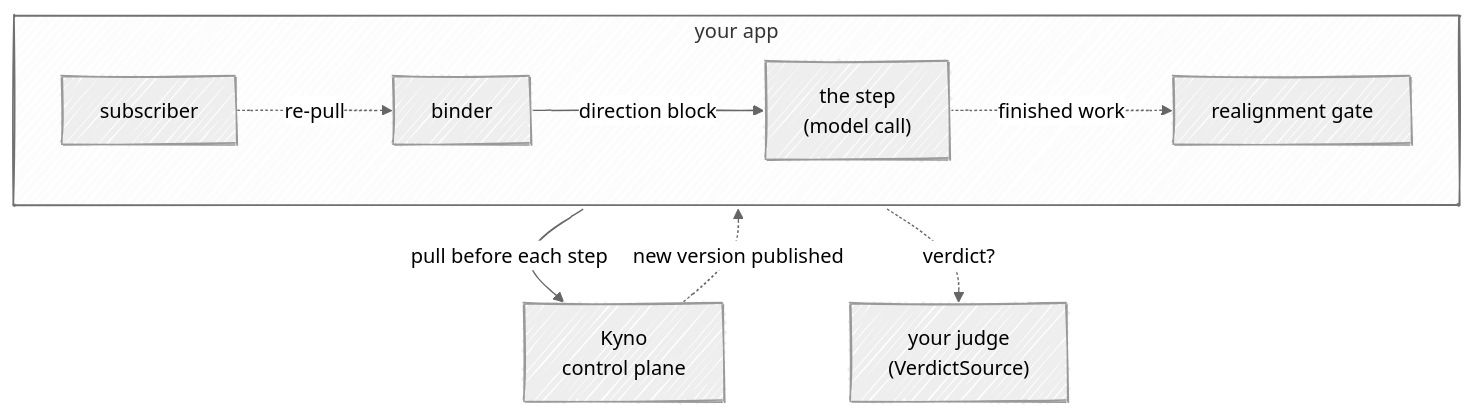
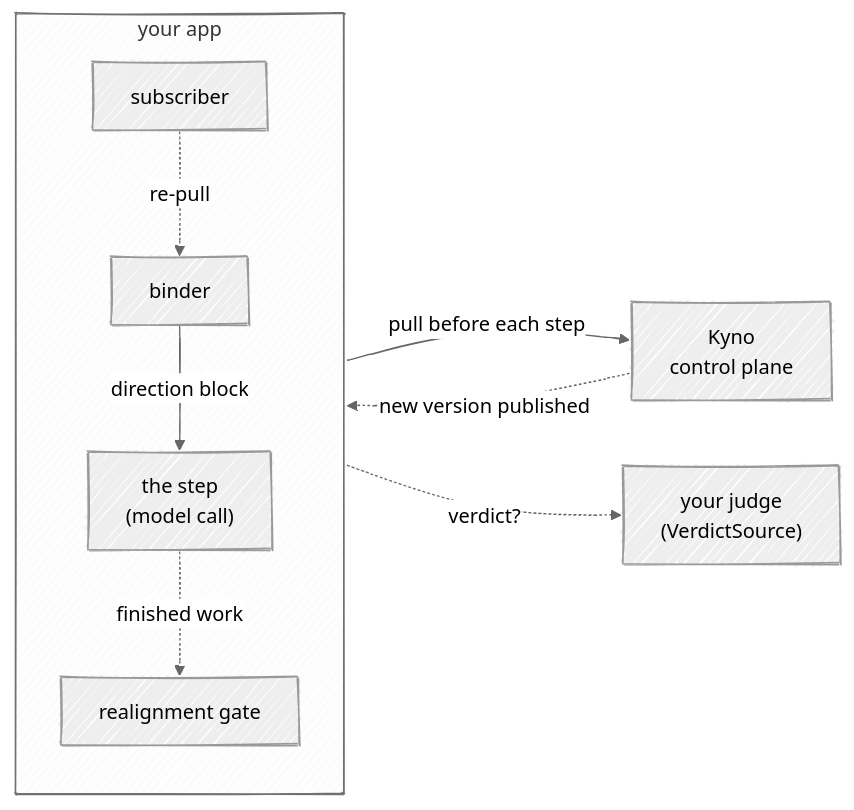
Before and after one commit to cizambra/kyno: the third of 3 diagrams in docs/adapters.md, drawn with Mermaid.

Commit message:
A wider, shorter mechanics diagram

````diff
--- a/docs/adapters.md
+++ b/docs/adapters.md
@@ -111,25 +111,25 @@
 ```mermaid
 ---
 config:
   look: handDrawn
   theme: neutral
   flowchart:
     useMaxWidth: false
 ---
-flowchart TB
+flowchart LR
   KY["Kyno<br/>control plane"]
   subgraph APP["your app"]
-    direction LR
+    direction TB
     SUB["subscriber"]
     BN["binder"]
     STEP["the step<br/>(model call)"]
     GATE["realignment gate"]
   end
   JD["your judge<br/>(VerdictSource)"]
-  BN -- "pull before each step" --> KY
   KY -. "new version published" .-> SUB
   SUB -. "re-pull" .-> BN
+  BN -- "pull before each step" --> KY
   BN -- "direction block" --> STEP
   STEP -. "finished work" .-> GATE
   GATE -. "verdict?" .-> JD
 ```
````
